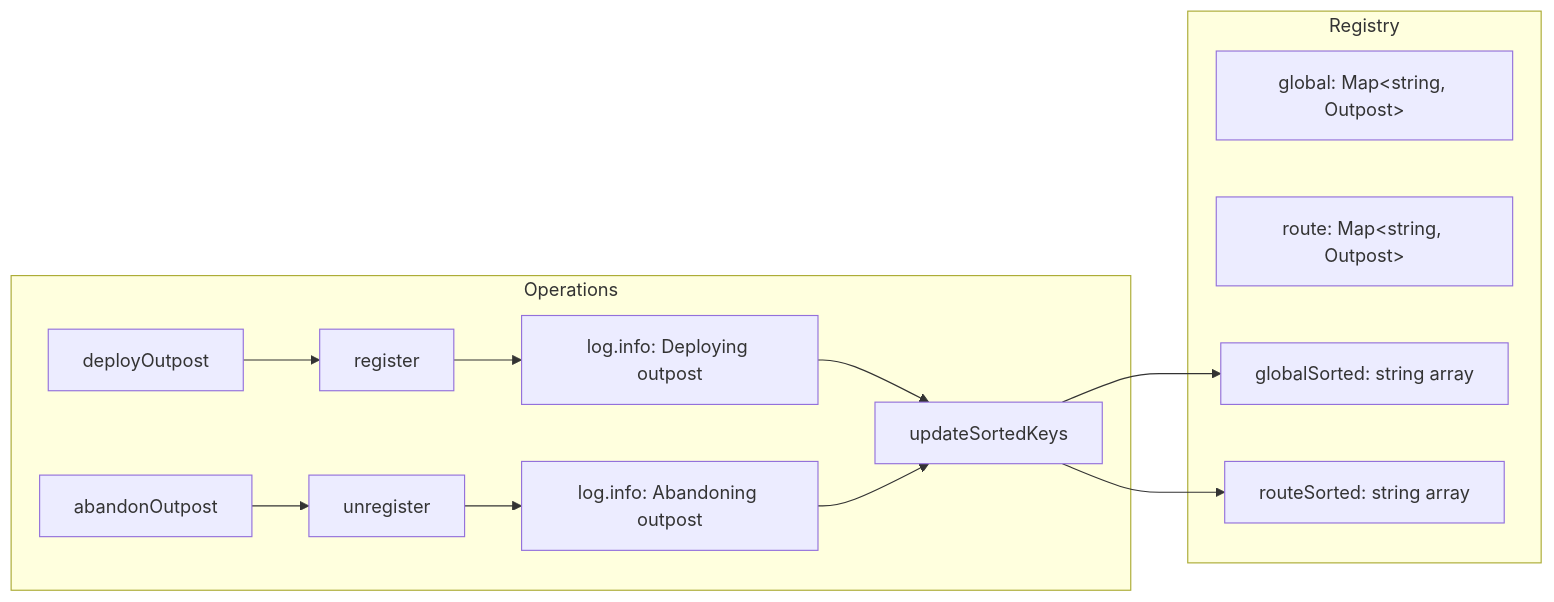
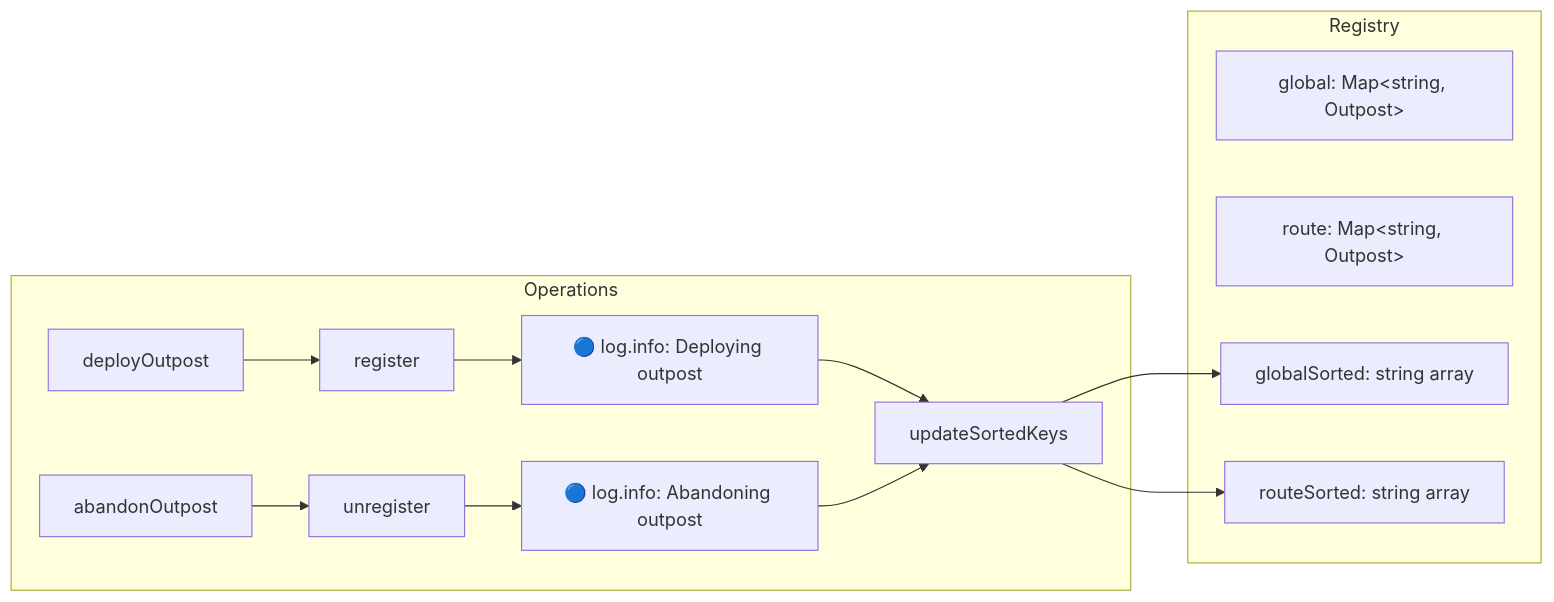
One commit to Kassaila/vue-router-citadel changed the first of 3 diagrams in docs/advanced/architecture.md. Above: the diagram before and after it, drawn with Mermaid. The commit also changed other lines of this file and 36 other files, not shown here.

````diff
--- a/docs/advanced/architecture.md
+++ b/docs/advanced/architecture.md
@@ -10,21 +10,21 @@
 ```mermaid
 flowchart LR
     subgraph Registry
         A["global: Map&lt;string, Outpost&gt;"]
         B["route: Map&lt;string, Outpost&gt;"]
         C["globalSorted: string array"]
         D["routeSorted: string array"]
     end
 
     subgraph Operations
         E[deployOutpost] --> F[register]
-        F --> LOG1["log.info: Deploying outpost"]
+        F --> LOG1["🔵 log.info: Deploying outpost"]
         LOG1 --> G[updateSortedKeys]
         H[abandonOutpost] --> I[unregister]
-        I --> LOG2["log.info: Abandoning outpost"]
+        I --> LOG2["🔵 log.info: Abandoning outpost"]
         LOG2 --> G
     end
 
     G --> C
     G --> D
 ```
````
